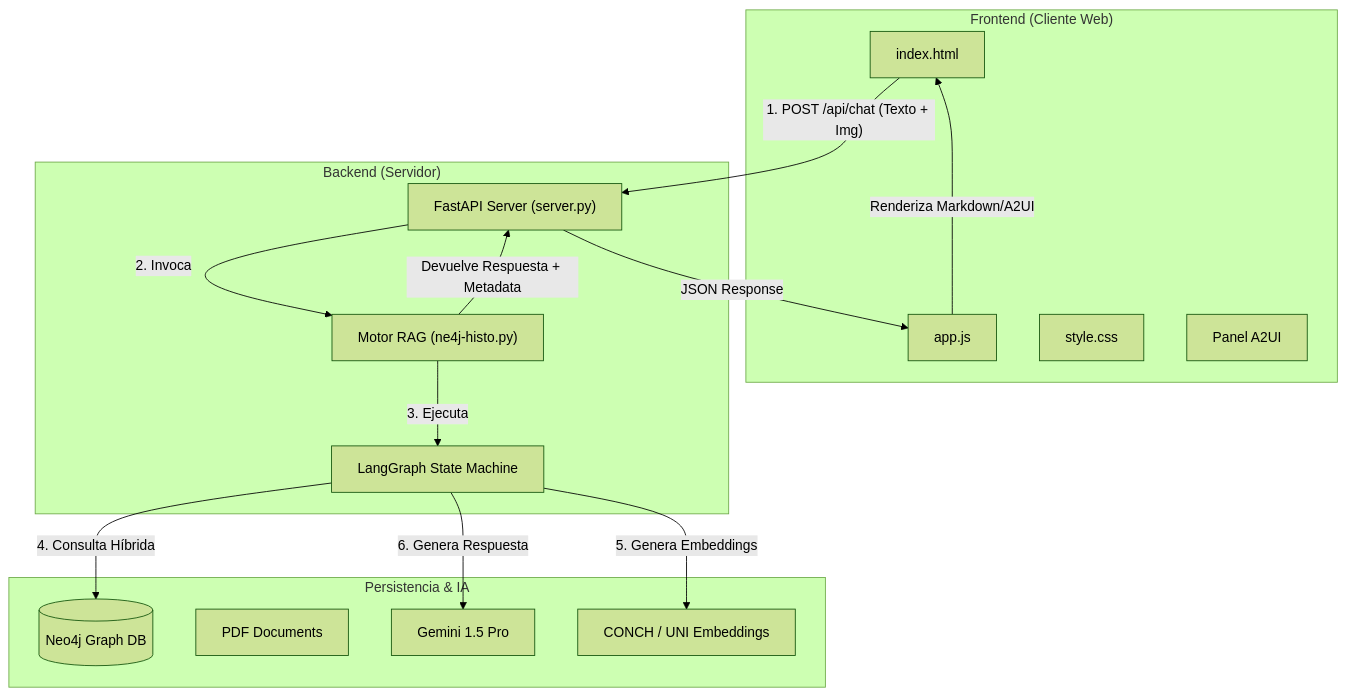
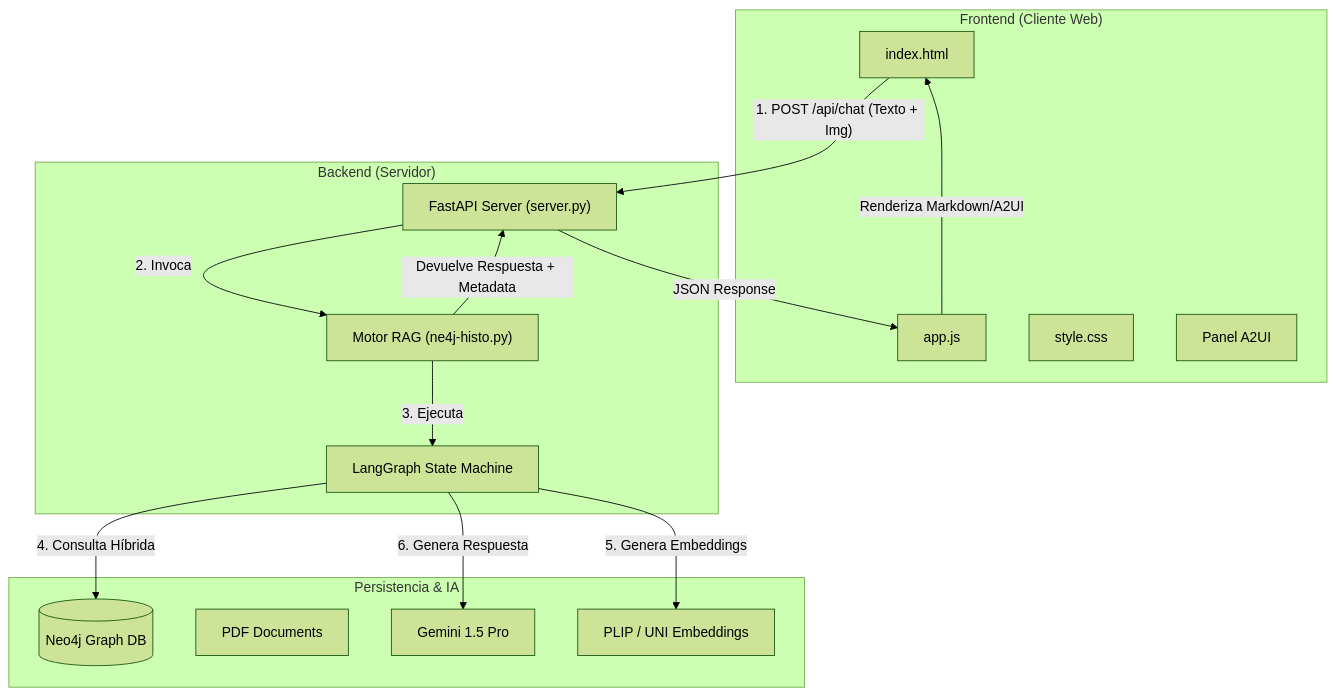
One commit to dracero/histo-test changed the diagram in README.md. Above: the diagram before and after it, drawn with Mermaid (forest theme). The commit also changed other lines of this file and 11 other files, not shown here.

````diff
--- a/README.md
+++ b/README.md
@@ -11,33 +11,33 @@
 ```mermaid
 graph TD
     subgraph "Frontend (Cliente Web)"
         UI["index.html"]
         JS["app.js"]
         CSS["style.css"]
         A2UI["Panel A2UI"]
     end
 
     subgraph "Backend (Servidor)"
         API["FastAPI Server (server.py)"]
         RAG["Motor RAG (ne4j-histo.py)"]
         LG["LangGraph State Machine"]
     end
 
     subgraph "Persistencia & IA"
         N4J[("Neo4j Graph DB")]
         PDF["PDF Documents"]
         GEM["Gemini 1.5 Pro"]
-        EMB["CONCH / UNI Embeddings"]
+        EMB["PLIP / UNI Embeddings"]
     end
 
     %% Flujo
     UI -- "1. POST /api/chat (Texto + Img)" --> API
     API -- "2. Invoca" --> RAG
     RAG -- "3. Ejecuta" --> LG
     LG -- "4. Consulta Híbrida" --> N4J
     LG -- "5. Genera Embeddings" --> EMB
     LG -- "6. Genera Respuesta" --> GEM
     RAG -- "Devuelve Respuesta + Metadata" --> API
     API -- "JSON Response" --> JS
     JS -- "Renderiza Markdown/A2UI" --> UI
 ```
````
